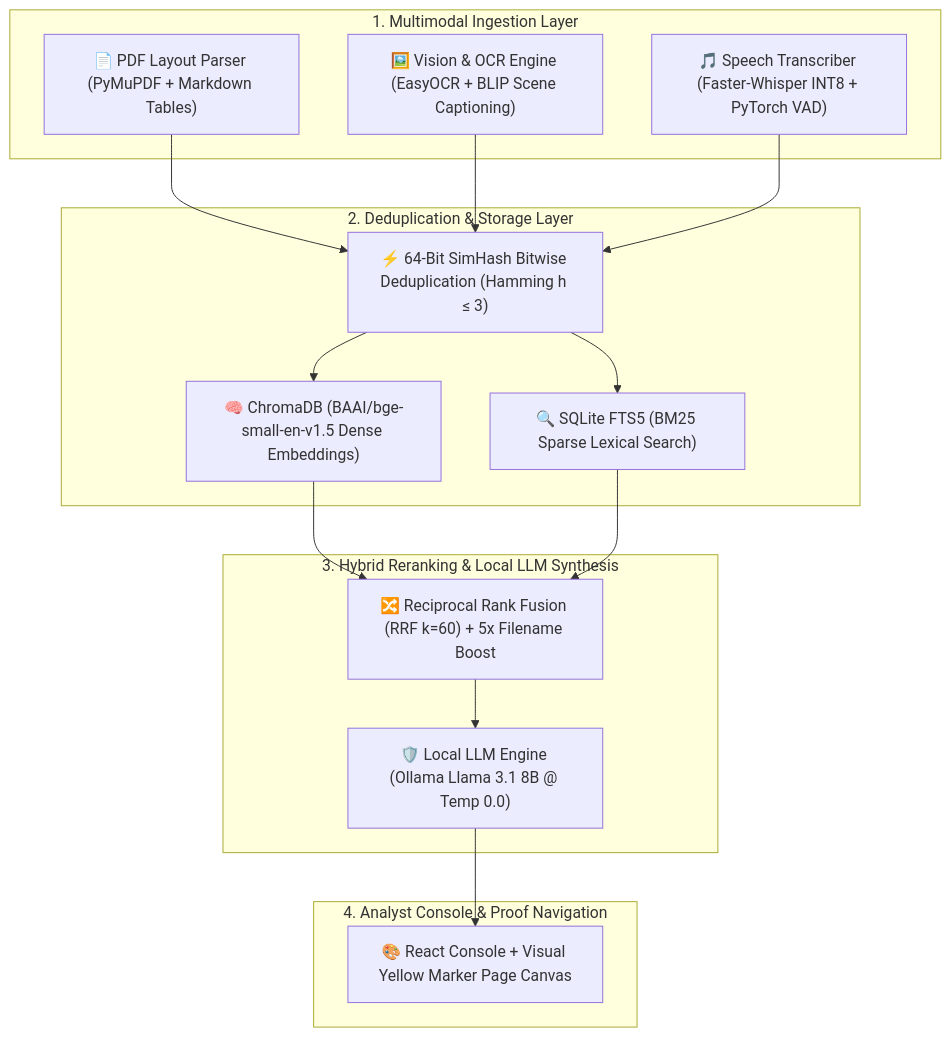
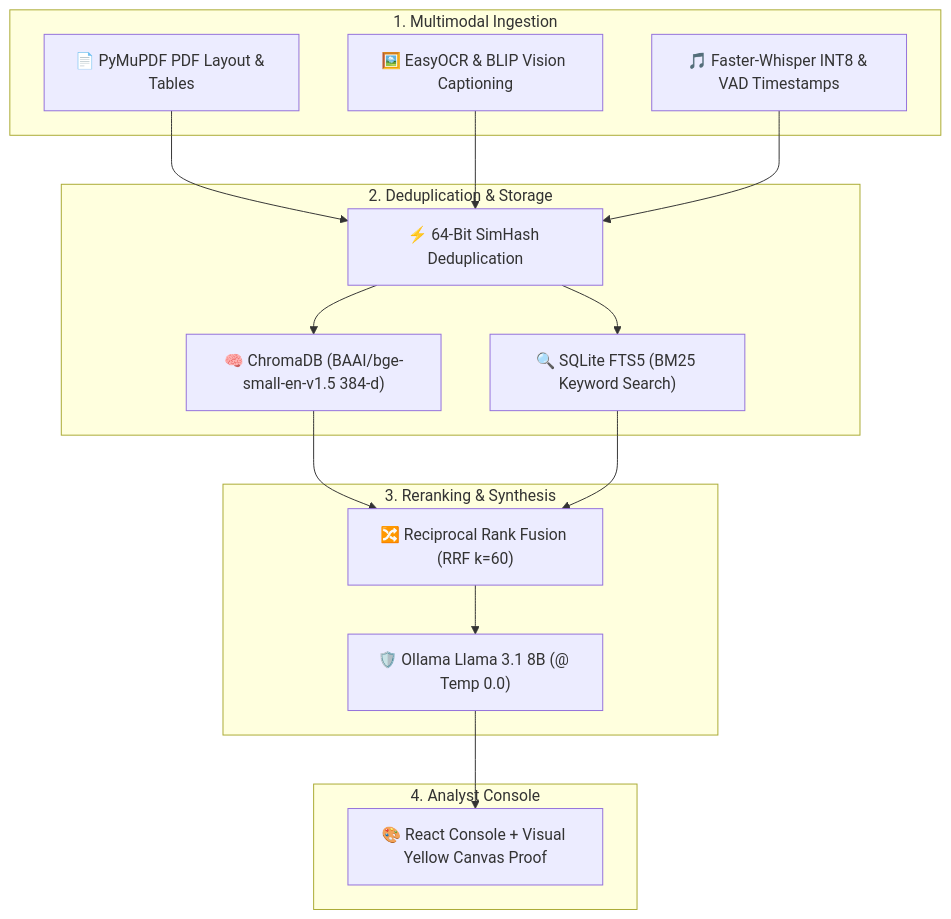
Before and after one commit to AdityaThakur193/ANVAYA: the diagram in README.md, drawn with Mermaid. The commit also changed other lines of this file, not shown here.

````diff
--- a/README.md
+++ b/README.md
@@ -29,33 +27,33 @@
 ```mermaid
 flowchart TD
-    subgraph INGESTION["1. Multimodal Ingestion Layer"]
-        PDF["📄 PDF Layout Parser (PyMuPDF + Markdown Tables)"]
-        IMG["🖼️ Vision & OCR Engine (EasyOCR + BLIP Scene Captioning)"]
-        AUD["🎵 Speech Transcriber (Faster-Whisper INT8 + PyTorch VAD)"]
+    subgraph INGESTION["1. Multimodal Ingestion"]
+        PDF["📄 PyMuPDF PDF Layout & Tables"]
+        IMG["🖼️ EasyOCR & BLIP Vision Captioning"]
+        AUD["🎵 Faster-Whisper INT8 & VAD Timestamps"]
     end
 
-    subgraph STORAGE["2. Deduplication & Storage Layer"]
-        SIM["⚡ 64-Bit SimHash Bitwise Deduplication (Hamming h ≤ 3)"]
-        CHROMA["🧠 ChromaDB (BAAI/bge-small-en-v1.5 Dense Embeddings)"]
-        FTS["🔍 SQLite FTS5 (BM25 Sparse Lexical Search)"]
+    subgraph STORAGE["2. Deduplication & Storage"]
+        SIM["⚡ 64-Bit SimHash Deduplication"]
+        CHROMA["🧠 ChromaDB (BAAI/bge-small-en-v1.5 384-d)"]
+        FTS["🔍 SQLite FTS5 (BM25 Keyword Search)"]
     end
 
-    subgraph SEARCH["3. Hybrid Reranking & Local LLM Synthesis"]
-        RRF["🔀 Reciprocal Rank Fusion (RRF k=60) + 5x Filename Boost"]
-        LLM["🛡️ Local LLM Engine (Ollama Llama 3.1 8B @ Temp 0.0)"]
+    subgraph RRF_LLM["3. Reranking & Synthesis"]
+        RRF["🔀 Reciprocal Rank Fusion (RRF k=60)"]
+        LLM["🛡️ Ollama Llama 3.1 8B (@ Temp 0.0)"]
     end
 
-    subgraph UI["4. Analyst Console & Proof Navigation"]
-        FRONTEND["🎨 React Console + Visual Yellow Marker Page Canvas"]
+    subgraph UI["4. Analyst Console"]
+        CONSOLE["🎨 React Console + Visual Yellow Canvas Proof"]
     end
 
     PDF --> SIM
     IMG --> SIM
     AUD --> SIM
     SIM --> CHROMA
     SIM --> FTS
     CHROMA --> RRF
     FTS --> RRF
     RRF --> LLM
-    LLM --> FRONTEND
+    LLM --> CONSOLE
 ```
````
